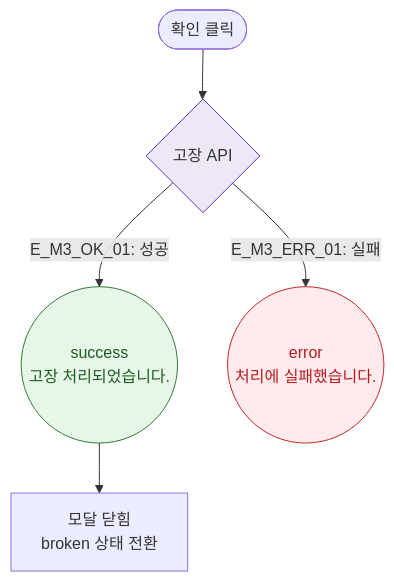
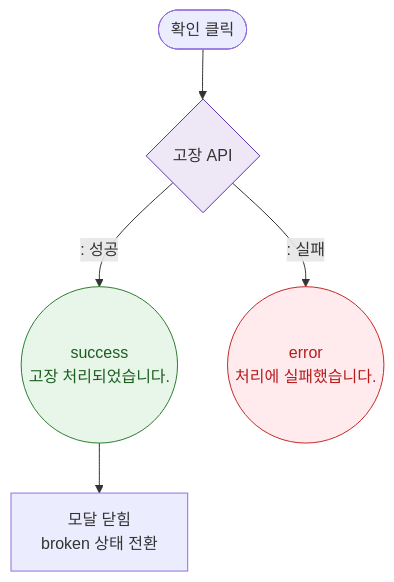
Before and after one commit to dev-spogym/admin-pando: the diagram in docs/다이어그램/D06_시설관리/DLG/DLG-050-005_고장토글확인/M3_결과분기.md, drawn with Mermaid. The commit also changed other lines of this file and 1660 other files, not shown here.

First line of the commit message:
다이어그램: 기획자/클라이언트 납품본으로 정리

````diff
--- a/docs/다이어그램/D06_시설관리/DLG/DLG-050-005_고장토글확인/M3_결과분기.md
+++ b/docs/다이어그램/D06_시설관리/DLG/DLG-050-005_고장토글확인/M3_결과분기.md
@@ -16,14 +14,14 @@
 ```mermaid
 flowchart TD
     ACTION([확인 클릭]) --> BrokenAPI{고장 API}
-    BrokenAPI -->|"E_M3_OK_01: 성공"| SuccessToast((success\n고장 처리되었습니다.))
-    BrokenAPI -->|"E_M3_ERR_01: 실패"| ErrorToast((error\n처리에 실패했습니다.))
+    BrokenAPI -->|": 성공"|SuccessToast((success\n고장 처리되었습니다.))
+    BrokenAPI -->|": 실패"|ErrorToast((error\n처리에 실패했습니다.))
     SuccessToast --> CLOSE[모달 닫힘\nbroken 상태 전환]
 
     classDef success fill:#E8F5E9,stroke:#2E7D32,color:#1B5E20
     classDef error fill:#FFEBEE,stroke:#C62828,color:#B71C1C
     classDef system fill:#EDE7F6,stroke:#5E35B2
     class SuccessToast success
     class ErrorToast error
     class BrokenAPI system
 ```
````
